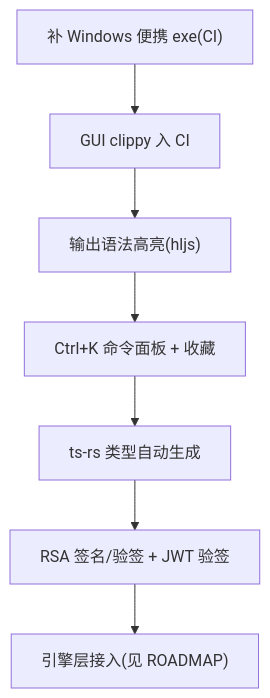
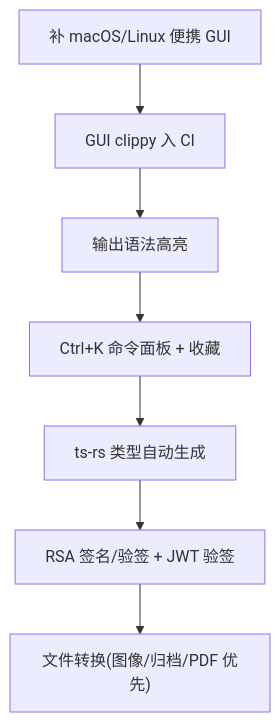
One commit to int2t05/NexToolkit changed the second of 2 diagrams in docs/todo.md. Above: the diagram before and after it, drawn with Mermaid. The commit also changed other lines of this file and 11 other files, not shown here.

First line of the commit message:
docs: 重构为 prd/tech/todo/api/flow 五类 + issue/PR 模板

````diff
--- a/docs/todo.md
+++ b/docs/todo.md
@@ -35,9 +77,9 @@
 ```mermaid
 flowchart TD
-  A["补 Windows 便携 exe(CI)"] --> B["GUI clippy 入 CI"]
-  B --> C["输出语法高亮(hljs)"]
+  A["补 macOS/Linux 便携 GUI"] --> B["GUI clippy 入 CI"]
+  B --> C["输出语法高亮"]
   C --> D["Ctrl+K 命令面板 + 收藏"]
   D --> E["ts-rs 类型自动生成"]
   E --> F["RSA 签名/验签 + JWT 验签"]
-  F --> G["引擎层接入(见 ROADMAP)"]
+  F --> G["文件转换(图像/归档/PDF 优先)"]
 ```
````
